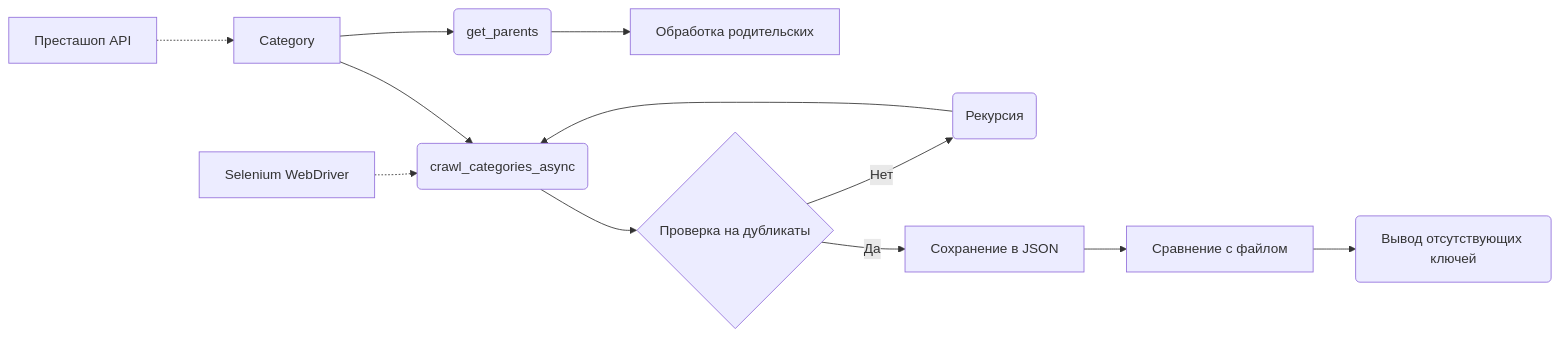
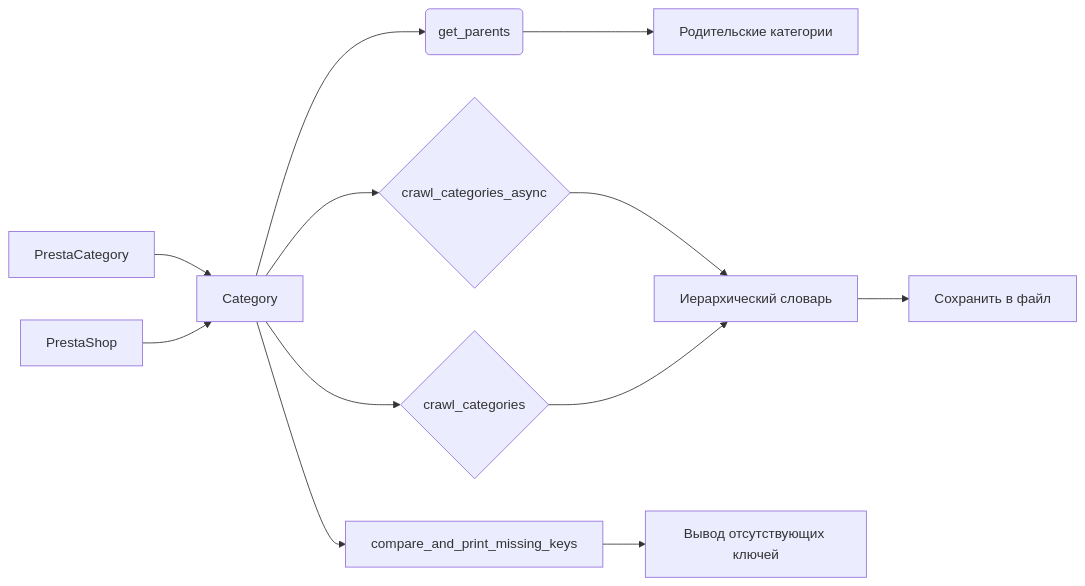
One commit to hypo69/hypo changed the diagram in docs/gemini/ru/explainer/src/category/README.md. Above: the diagram before and after it, drawn with Mermaid. The commit also changed other lines of this file and 877 other files, not shown here.

````diff
--- a/docs/gemini/ru/explainer/src/category/README.md
+++ b/docs/gemini/ru/explainer/src/category/README.md
@@ -121,15 +131,14 @@
 ```mermaid
 graph LR
-    A[Category] --> B(crawl_categories_async);
-    A --> C(get_parents);
-    B --> D{Проверка на дубликаты};
-    D -- Да --> E[Сохранение в JSON];
-    D -- Нет --> F(Рекурсия);
-    F --> B;
-    C --> G[Обработка родительских];
-    E --> H[Сравнение с файлом];
-    H --> I(Вывод отсутствующих ключей);
-    PrestaShop[Престашоп API] -.-> A;
-    Selenium[Selenium WebDriver] -.-> B;
-
+    A[Category] --> B(get_parents);
+    A --> C{crawl_categories_async};
+    A --> D{crawl_categories};
+    B --> E[Родительские категории];
+    C --> F[Иерархический словарь];
+    D --> F;
+    F --> G[Сохранить в файл];
+    A --> H[compare_and_print_missing_keys];
+    H --> I[Вывод отсутствующих ключей];
+    PrestaCategory --> A;
+    PrestaShop --> A;
 ```
````
